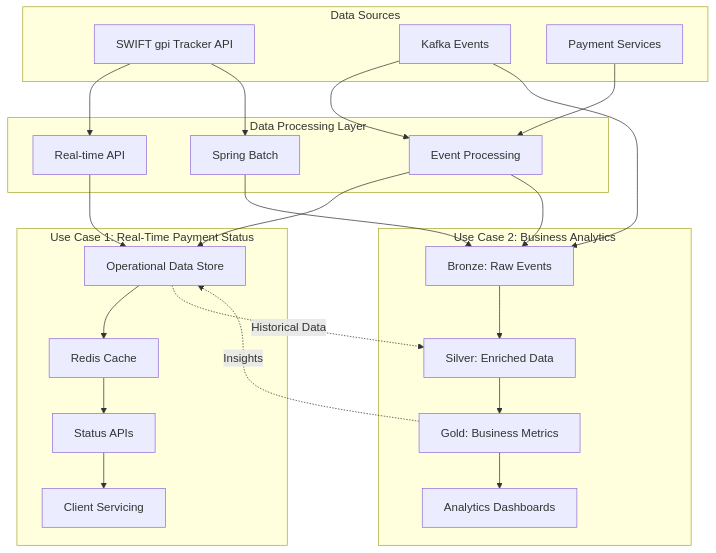
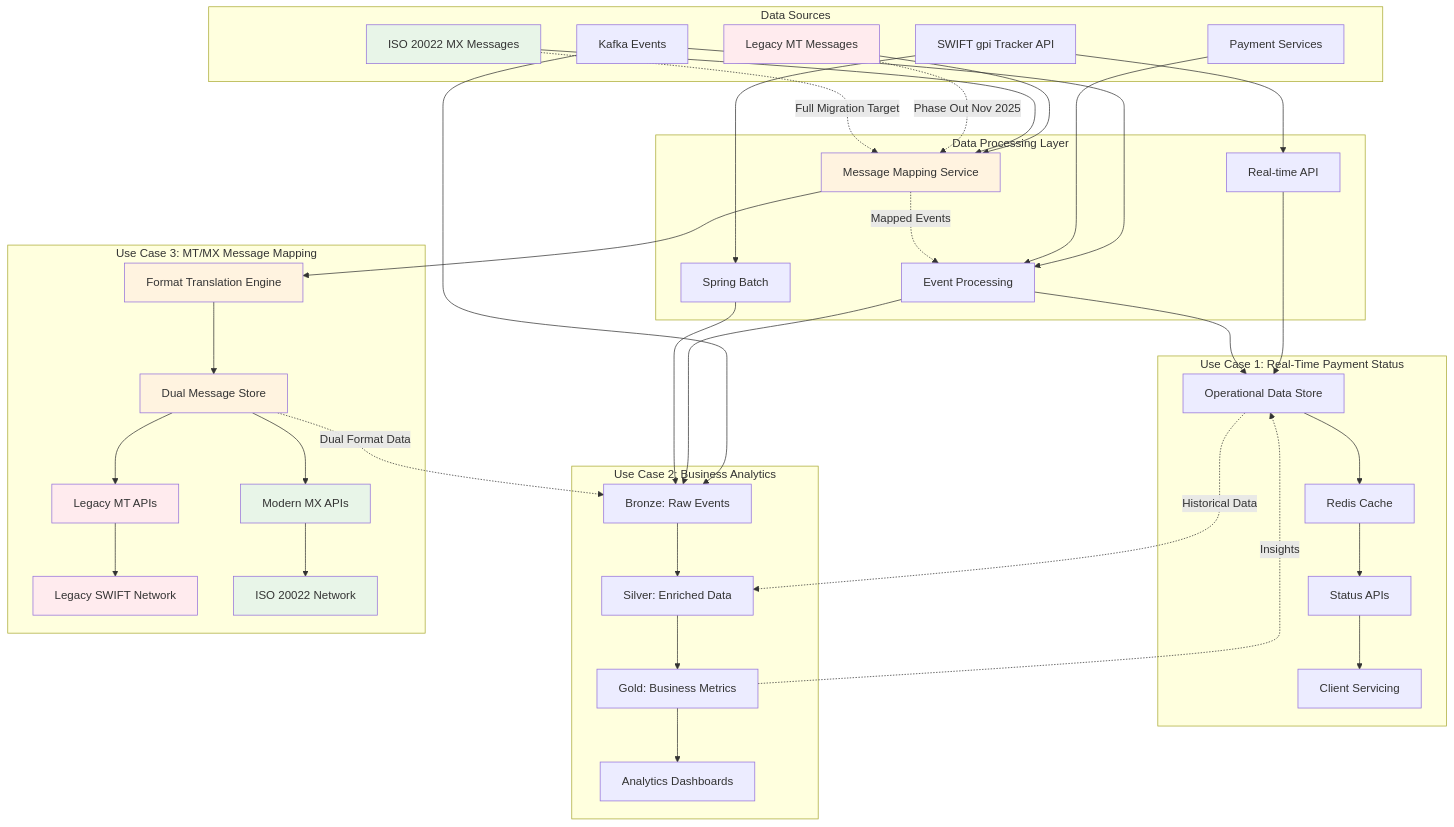
One commit to calvinlee999/react_next_java_journey changed the second of 2 diagrams in docs/level0-cross-border-architecture.md. Above: the diagram before and after it, drawn with Mermaid. The commit also changed other lines of this file, not shown here.

First line of the commit message:
ENHANCEMENT: Added Use Case 3 - ISO MT/MX Message Coexistence

````diff
--- a/docs/level0-cross-border-architecture.md
+++ b/docs/level0-cross-border-architecture.md
@@ -158,6 +158,8 @@
         SWIFT[SWIFT gpi Tracker API]
         KE[Kafka Events]
         PS[Payment Services]
+        MT[Legacy MT Messages]
+        MX[ISO 20022 MX Messages]
     end
 
     %% Data Processing
@@ -165,6 +167,7 @@
         SB[Spring Batch]
         RT[Real-time API]
         EP[Event Processing]
+        MS[Message Mapping Service]
     end
 
     %% Use Case 1: Operational Data Store
@@ -181,6 +184,16 @@
         SV[Silver: Enriched Data]
         GD[Gold: Business Metrics]
         DASH[Analytics Dashboards]
+    end
+
+    %% Use Case 3: ISO MT/MX Message Coexistence (Migration)
+    subgraph "Use Case 3: MT/MX Message Mapping"
+        FTE[Format Translation Engine]
+        DMS[Dual Message Store]
+        MTAPI[Legacy MT APIs]
+        MXAPI[Modern MX APIs]
+        LN[Legacy SWIFT Network]
+        MN[ISO 20022 Network]
     end
 
     %% Data Flow - Use Case 1 (Real-time)
@@ -202,7 +215,32 @@
     SV --> GD
     GD --> DASH
 
+    %% Data Flow - Use Case 3 (Message Mapping)
+    MT --> MS
+    MX --> MS
+    MS --> FTE
+    FTE --> DMS
+    DMS --> MTAPI
+    DMS --> MXAPI
+    MTAPI --> LN
+    MXAPI --> MN
+
     %% Cross-pollination
     ODS -.->|Historical Data| SV
     GD -.->|Insights| ODS
+    MS -.->|Mapped Events| EP
+    DMS -.->|Dual Format Data| BZ
+    
+    %% Migration Timing (until Nov 2025)
+    MT -.->|Phase Out Nov 2025| MS
+    MX -.->|Full Migration Target| MS
+
+    %% Styling
+    classDef migration fill:#fff3e0
+    classDef legacy fill:#ffebee
+    classDef modern fill:#e8f5e8
+    
+    class MS,FTE,DMS migration
+    class MT,MTAPI,LN legacy
+    class MX,MXAPI,MN modern
 ```
````
